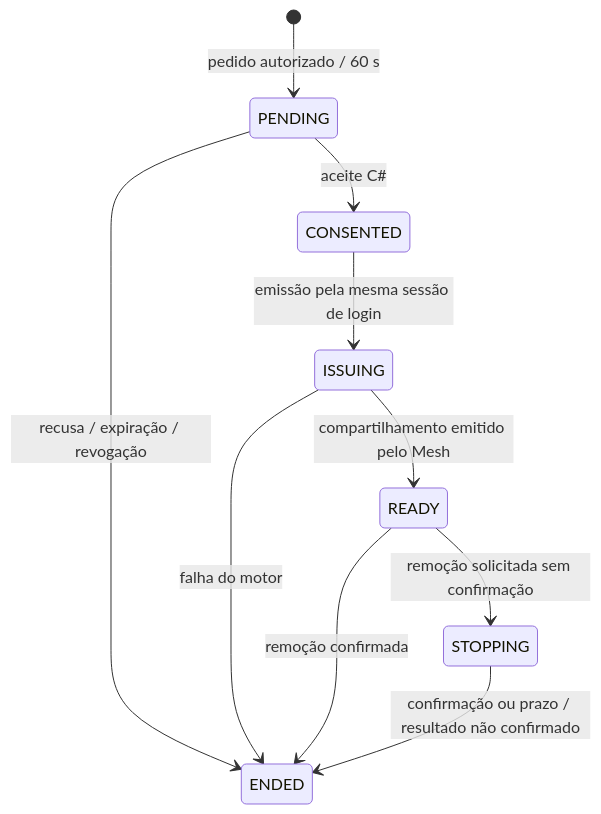
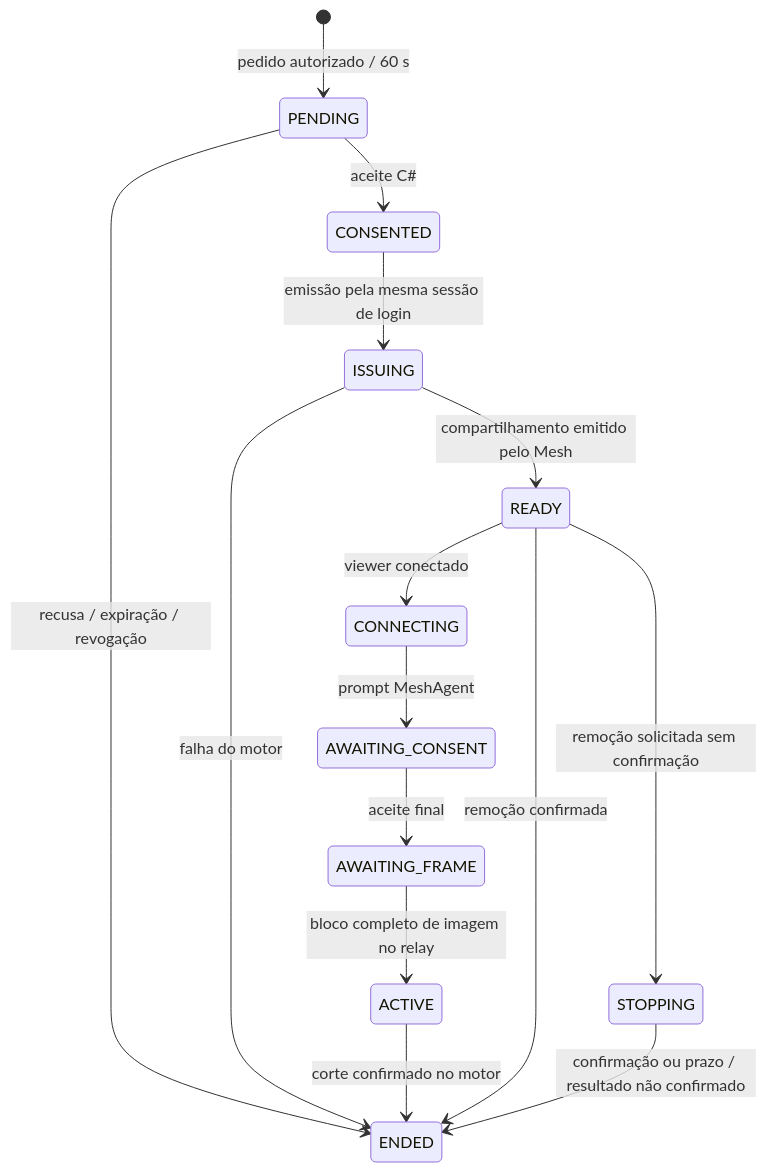
Before and after one commit to Jvf76/HelpDesk-interno: the diagram in docs/05-api.md, drawn with Mermaid. The commit also changed other lines of this file and 32 other files, not shown here.

````diff
--- a/docs/05-api.md
+++ b/docs/05-api.md
@@ -51,12 +51,17 @@
 ```mermaid
 stateDiagram-v2
  [*] --> PENDING: pedido autorizado / 60 s
  PENDING --> CONSENTED: aceite C#
  PENDING --> ENDED: recusa / expiração / revogação
  CONSENTED --> ISSUING: emissão pela mesma sessão de login
  ISSUING --> READY: compartilhamento emitido pelo Mesh
  ISSUING --> ENDED: falha do motor
+ READY --> CONNECTING: viewer conectado
+ CONNECTING --> AWAITING_CONSENT: prompt MeshAgent
+ AWAITING_CONSENT --> AWAITING_FRAME: aceite final
+ AWAITING_FRAME --> ACTIVE: bloco completo de imagem no relay
+ ACTIVE --> ENDED: corte confirmado no motor
  READY --> STOPPING: remoção solicitada sem confirmação
  READY --> ENDED: remoção confirmada
  STOPPING --> ENDED: confirmação ou prazo / resultado não confirmado
 ```
````
